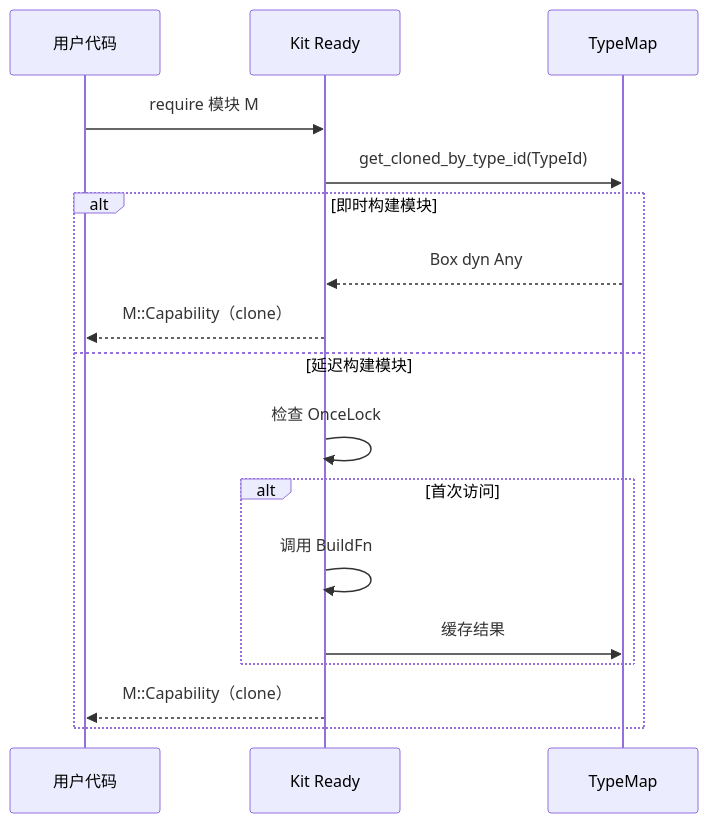
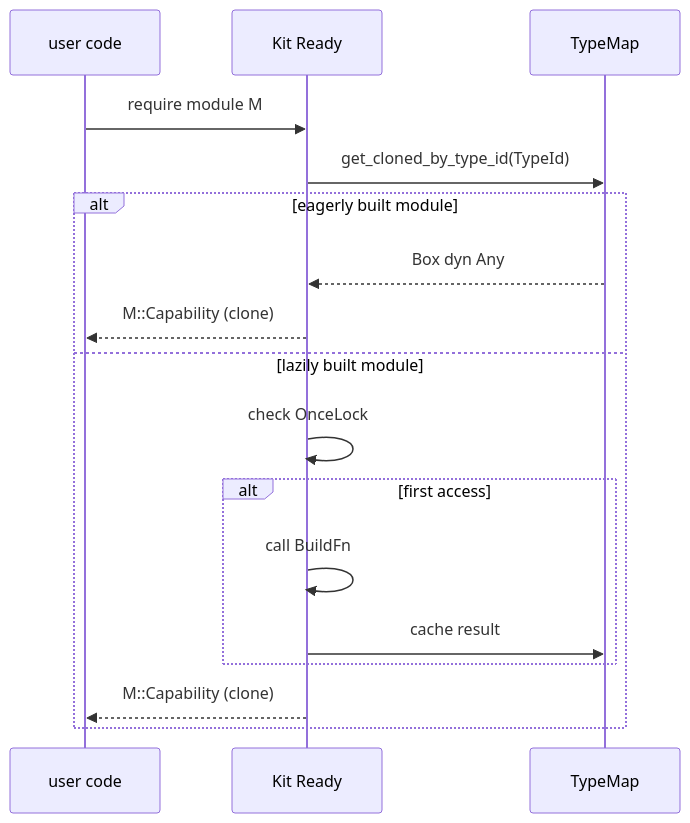
One commit to Kirky-X/trait-kit changed the sixth of 6 diagrams in docs/en/ARCHITECTURE.md. Above: the diagram before and after it, drawn with Mermaid. The commit also changed other lines of this file and 10 other files, not shown here.

````diff
--- a/docs/en/ARCHITECTURE.md
+++ b/docs/en/ARCHITECTURE.md
@@ -221,21 +221,21 @@
 ```mermaid
 sequenceDiagram
-    participant User as 用户代码
+    participant User as user code
     participant Kit as Kit Ready
     participant TypeMap as TypeMap
 
-    User->>Kit: require 模块 M
+    User->>Kit: require module M
     Kit->>TypeMap: get_cloned_by_type_id(TypeId)
 
-    alt 即时构建模块
+    alt eagerly built module
         TypeMap-->>Kit: Box dyn Any
-        Kit-->>User: M::Capability（clone）
-    else 延迟构建模块
-        Kit->>Kit: 检查 OnceLock
-        alt 首次访问
-            Kit->>Kit: 调用 BuildFn
-            Kit->>TypeMap: 缓存结果
+        Kit-->>User: M::Capability (clone)
+    else lazily built module
+        Kit->>Kit: check OnceLock
+        alt first access
+            Kit->>Kit: call BuildFn
+            Kit->>TypeMap: cache result
         end
-        Kit-->>User: M::Capability（clone）
+        Kit-->>User: M::Capability (clone)
     end
 ```
````
